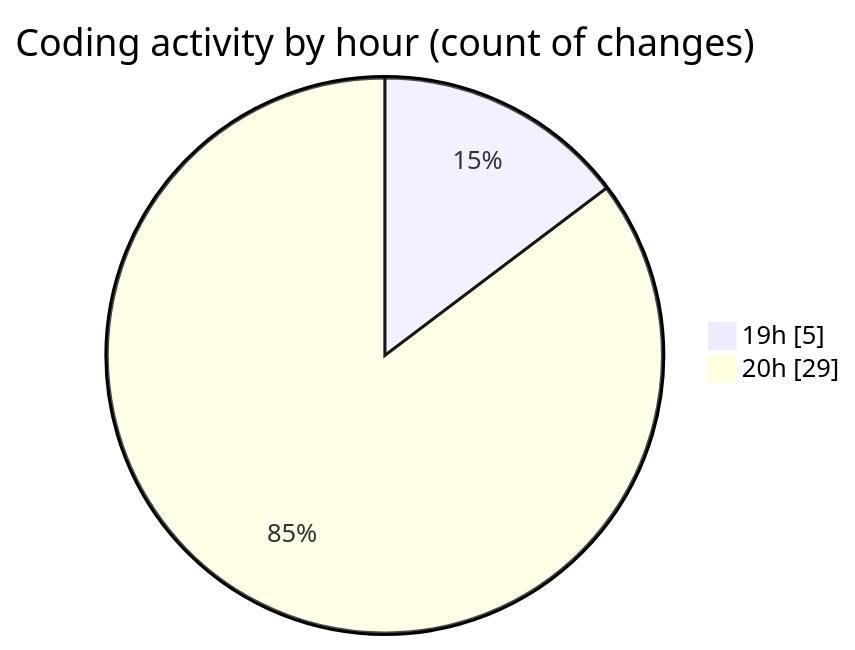
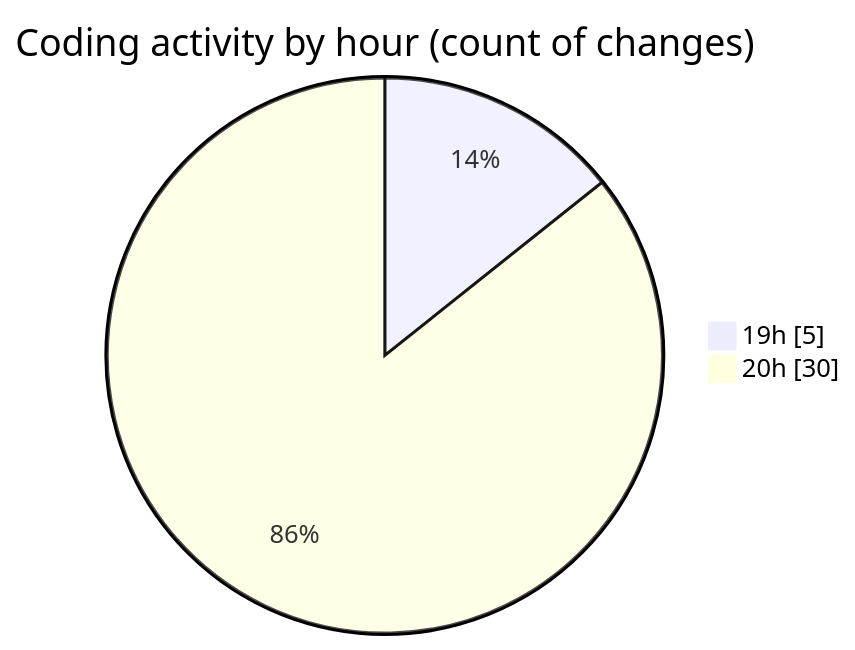
One commit to Netris89/code-tracking changed the second of 2 diagrams in 2025-04-25/echo/README.md. Above: the diagram before and after it, drawn with Mermaid. The commit also changed other lines of this file and 1 other file, not shown here.

````diff
--- a/2025-04-25/echo/README.md
+++ b/2025-04-25/echo/README.md
@@ -30,6 +30,6 @@
 ```mermaid
 pie showData
 title Coding activity by hour (count of changes)
 "19h" : 5
-"20h" : 29
+"20h" : 30
 ```
````
